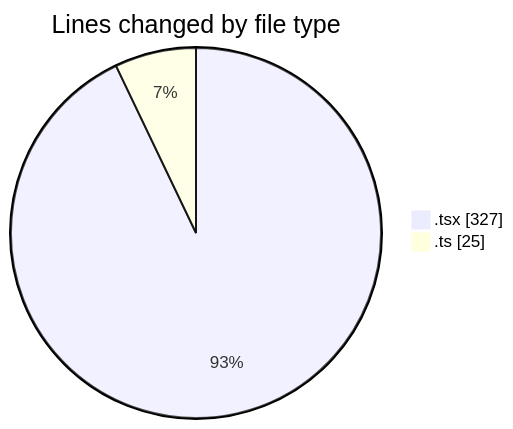
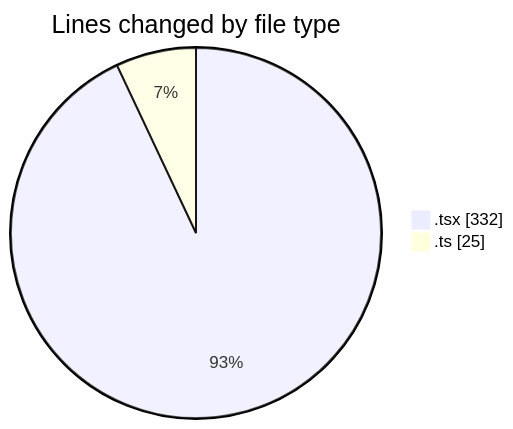
Before and after one commit to robertbonfada/code-tracking: the first of 2 diagrams in 2025-03-19/peregrino-web/README.md, drawn with Mermaid. The commit also changed other lines of this file and 1 other file, not shown here.

````diff
--- a/2025-03-19/peregrino-web/README.md
+++ b/2025-03-19/peregrino-web/README.md
@@ -26,6 +26,6 @@
 ```mermaid
 pie showData
 title Lines changed by file type
-".tsx" : 327
+".tsx" : 332
 ".ts" : 25
 ```
````
